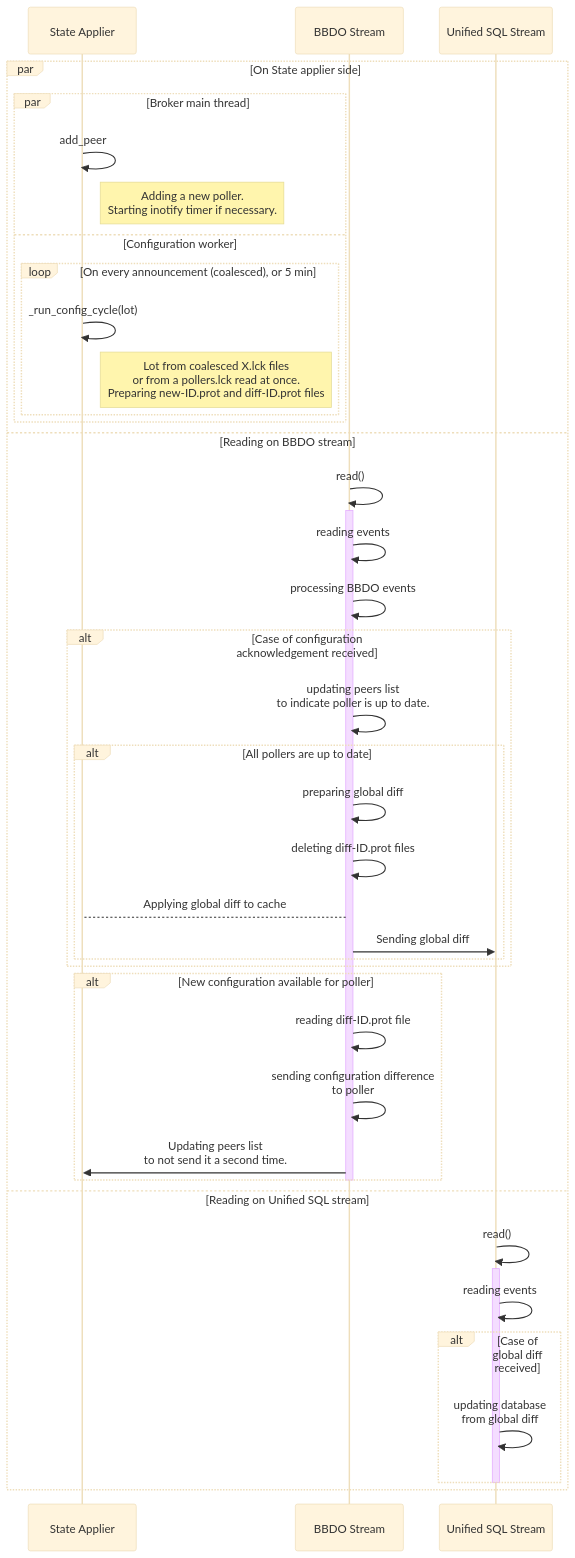
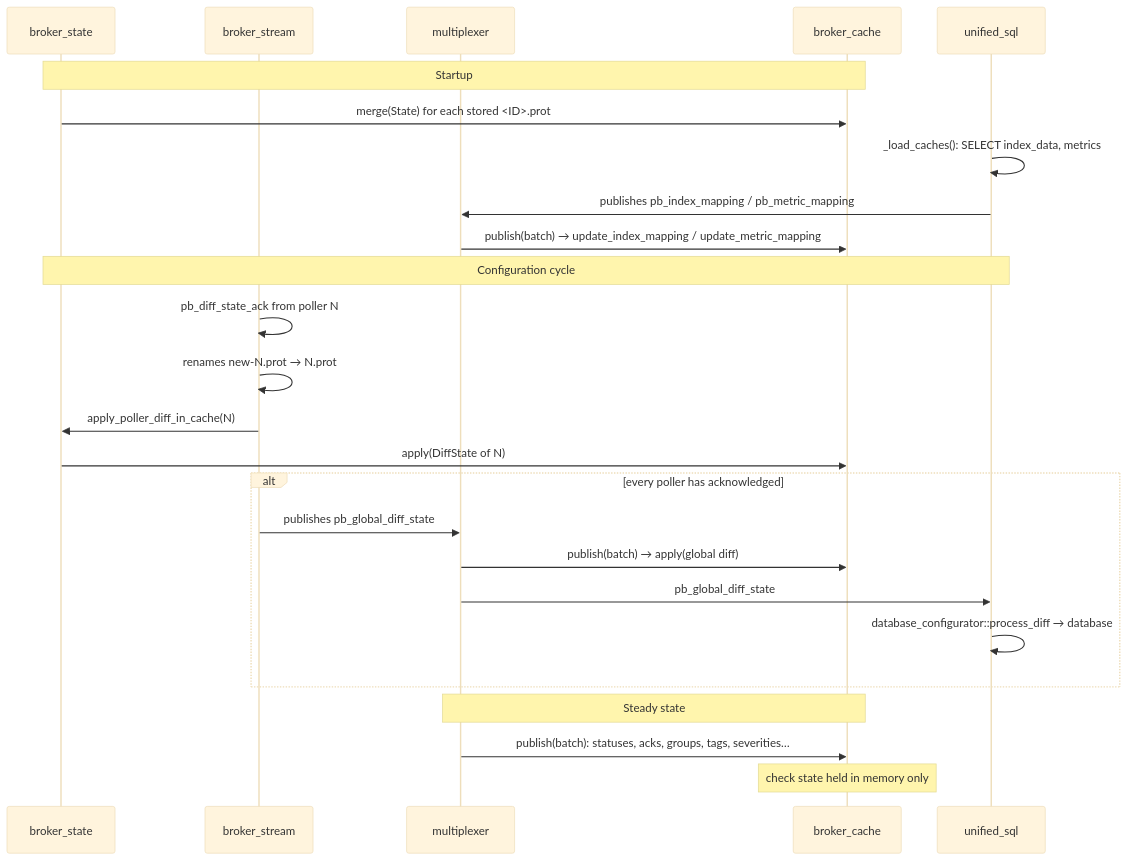
Before and after one commit to centreon/centreon-collect: diagram 24 of 47 in doc/nego-engine-broker-en.md, drawn with Mermaid (base theme). The commit also changed other lines of this file and 1 other file, not shown here.

Commit message:
chore(doc): last step before poller HA

````diff
--- a/doc/nego-engine-broker-en.md
+++ b/doc/nego-engine-broker-en.md
@@ -2320,46 +2305,30 @@
 ```mermaid
 sequenceDiagram
-    participant S as State Applier
-    participant BBDO as BBDO Stream
-    participant USQL as Unified SQL Stream
+    participant BS as broker_state
+    participant BBDO as broker_stream
+    participant MUX as multiplexer
+    participant C as broker_cache
+    participant USQL as unified_sql
 
-    par On State applier side
-        par Broker main thread
-            S ->> S: add_peer
-            note right of S: Adding a new poller.<br/>Starting inotify timer if necessary.
-        and Configuration worker
-            loop On every announcement (coalesced), or 5 min
-                S ->> S: _run_config_cycle(lot)
-                note right of S: Lot from coalesced X.lck files<br/>or from a pollers.lck read at once.<br/>Preparing new-ID.prot and diff-ID.prot files
-            end
-        end
-    and Reading on BBDO stream
-        BBDO ->> BBDO: read()
-        activate BBDO
-        BBDO ->> BBDO: reading events
-        BBDO ->> BBDO: processing BBDO events
-        alt Case of configuration acknowledgement received
-            BBDO ->> BBDO: updating peers list<br/>to indicate poller is up to date.
-            alt All pollers are up to date
-                BBDO ->> BBDO: preparing global diff
-                BBDO ->> BBDO: deleting diff-ID.prot files
-                BBDO --> S: Applying global diff to cache
-                BBDO ->> USQL: Sending global diff
-            end
-        end
-        alt New configuration available for poller
-            BBDO ->> BBDO: reading diff-ID.prot file
-            BBDO ->> BBDO: sending configuration difference<br/>to poller
-            BBDO ->> S: Updating peers list<br/>to not send it a second time.
-        end
-        deactivate BBDO
-    and Reading on Unified SQL stream
-        USQL ->> USQL: read()
-        activate USQL
-        USQL ->> USQL: reading events
-        alt Case of global diff received
-            USQL ->> USQL: updating database<br/>from global diff
-        end
-        deactivate USQL
+    Note over BS,C: Startup
+    BS ->> C: merge(State) for each stored <ID>.prot
+    USQL ->> USQL: _load_caches(): SELECT index_data, metrics
+    USQL ->> MUX: publishes pb_index_mapping / pb_metric_mapping
+    MUX ->> C: publish(batch) → update_index_mapping / update_metric_mapping
+
+    Note over BS,USQL: Configuration cycle
+    BBDO ->> BBDO: pb_diff_state_ack from poller N
+    BBDO ->> BBDO: renames new-N.prot → N.prot
+    BBDO ->> BS: apply_poller_diff_in_cache(N)
+    BS ->> C: apply(DiffState of N)
+    alt every poller has acknowledged
+        BBDO ->> MUX: publishes pb_global_diff_state
+        MUX ->> C: publish(batch) → apply(global diff)
+        MUX ->> USQL: pb_global_diff_state
+        USQL ->> USQL: database_configurator::process_diff → database
     end
+
+    Note over MUX,C: Steady state
+    MUX ->> C: publish(batch): statuses, acks, groups, tags, severities…
+    Note over C: check state held in memory only
 ```
````
